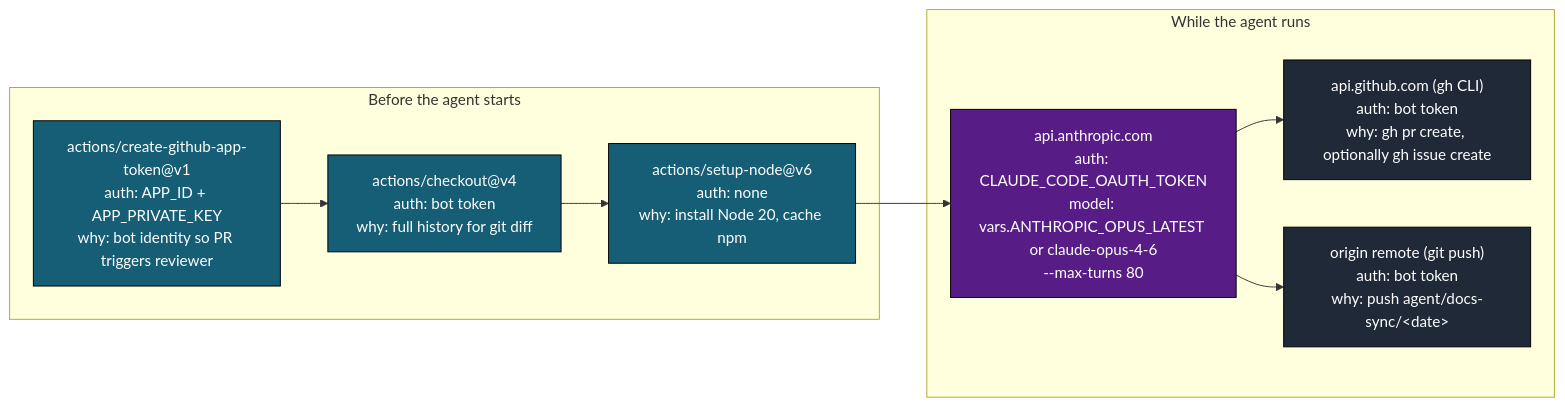
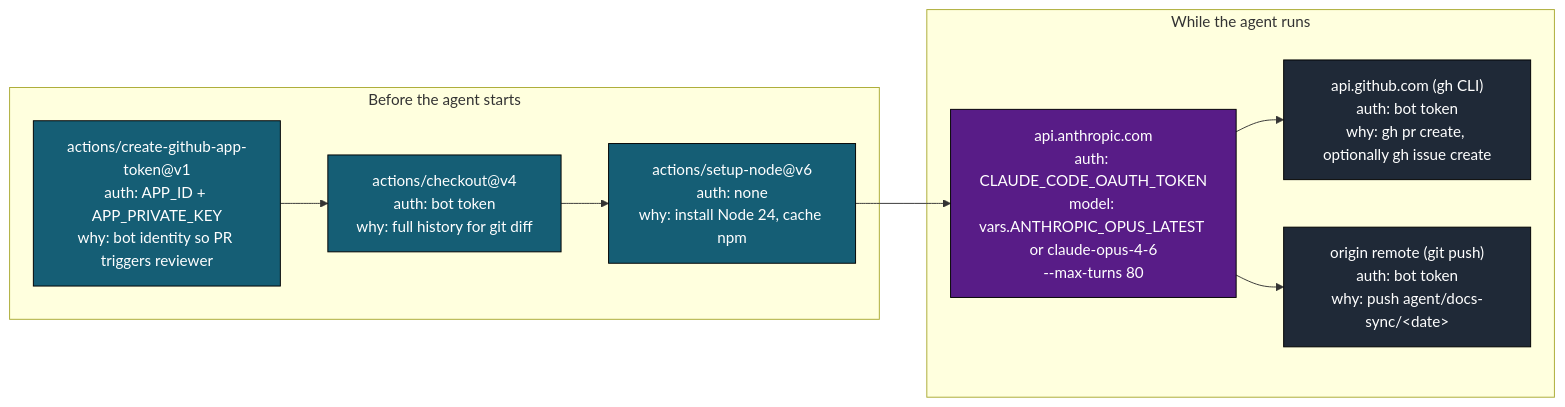
One commit to llm-exe/llm-exe changed diagram 11 of 16 in .github/docs/DOCS_SYNC_DEEP_DIVE.md. Above: the diagram before and after it, drawn with Mermaid. The commit also changed other lines of this file and 6 other files, not shown here.

````diff
--- a/.github/docs/DOCS_SYNC_DEEP_DIVE.md
+++ b/.github/docs/DOCS_SYNC_DEEP_DIVE.md
@@ -430,21 +430,21 @@
 ```mermaid
 flowchart LR
     classDef pre fill:#155e75,color:#fff,stroke:#000
     classDef llm fill:#581c87,color:#fff,stroke:#000
     classDef gh fill:#1f2937,color:#fff,stroke:#000
 
     subgraph Pre["Before the agent starts"]
         c1["actions/create-github-app-token@v1\nauth: APP_ID + APP_PRIVATE_KEY\nwhy: bot identity so PR triggers reviewer"]:::pre
         c2["actions/checkout@v4\nauth: bot token\nwhy: full history for git diff"]:::pre
-        c3["actions/setup-node@v6\nauth: none\nwhy: install Node 20, cache npm"]:::pre
+        c3["actions/setup-node@v6\nauth: none\nwhy: install Node 24, cache npm"]:::pre
     end
 
     subgraph During["While the agent runs"]
         d1["api.anthropic.com\nauth: CLAUDE_CODE_OAUTH_TOKEN\nmodel: vars.ANTHROPIC_OPUS_LATEST or claude-opus-4-6\n--max-turns 80"]:::llm
         d2["api.github.com (gh CLI)\nauth: bot token\nwhy: gh pr create, optionally gh issue create"]:::gh
         d3["origin remote (git push)\nauth: bot token\nwhy: push agent/docs-sync/&lt;date&gt;"]:::gh
     end
 
     c1 --> c2 --> c3 --> d1 --> d2
     d1 --> d3
 ```
````
